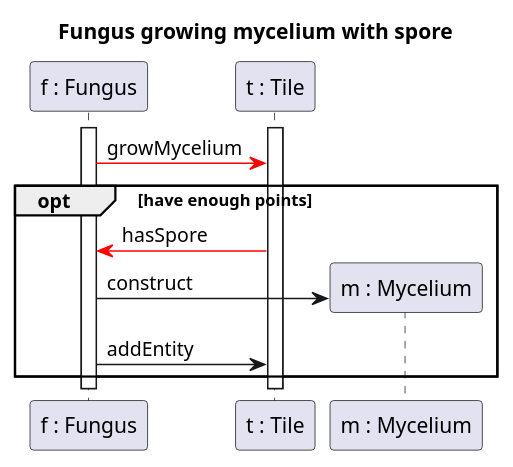
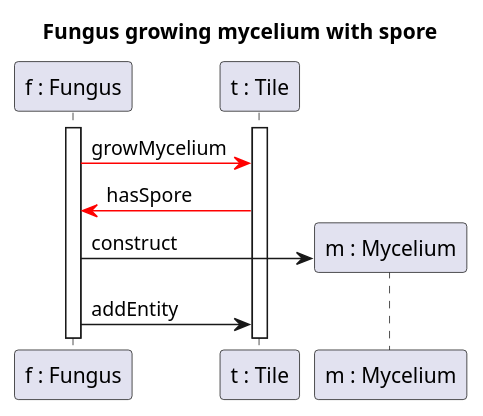
One commit to Klastiv/Projlab_nullpointerexception changed the diagram in diagrams/diagramFiles/SQ_FungusGrowthWithSpore.puml. Above: the diagram before and after it, drawn with PlantUML. The commit also changed 1 other file, not shown here.

```diff
--- a/diagrams/diagramFiles/SQ_FungusGrowthWithSpore.puml
+++ b/diagrams/diagramFiles/SQ_FungusGrowthWithSpore.puml
@@ -1,22 +1,20 @@
 @startuml Fungus growth with spore
 
 title Fungus growing mycelium with spore
 
 participant "f : Fungus" as F
 participant "t : Tile" as T
 participant "m : Mycelium" as M
 
 activate F
 activate T
 
 
 F-[#red]>T : growMycelium
-opt have enough points
 T -[#red]> F : hasSpore
 F -> M ** : construct
 F -> T : addEntity
 
-end
 
 
 @enduml
```
